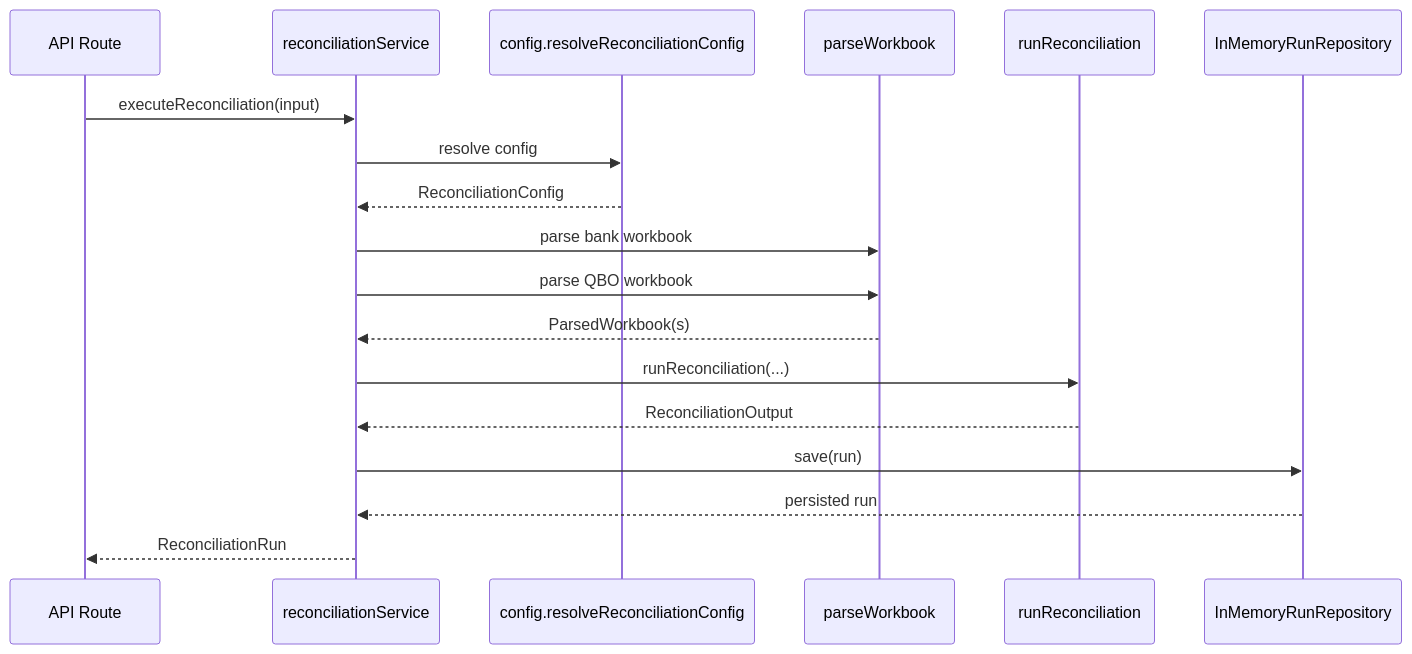
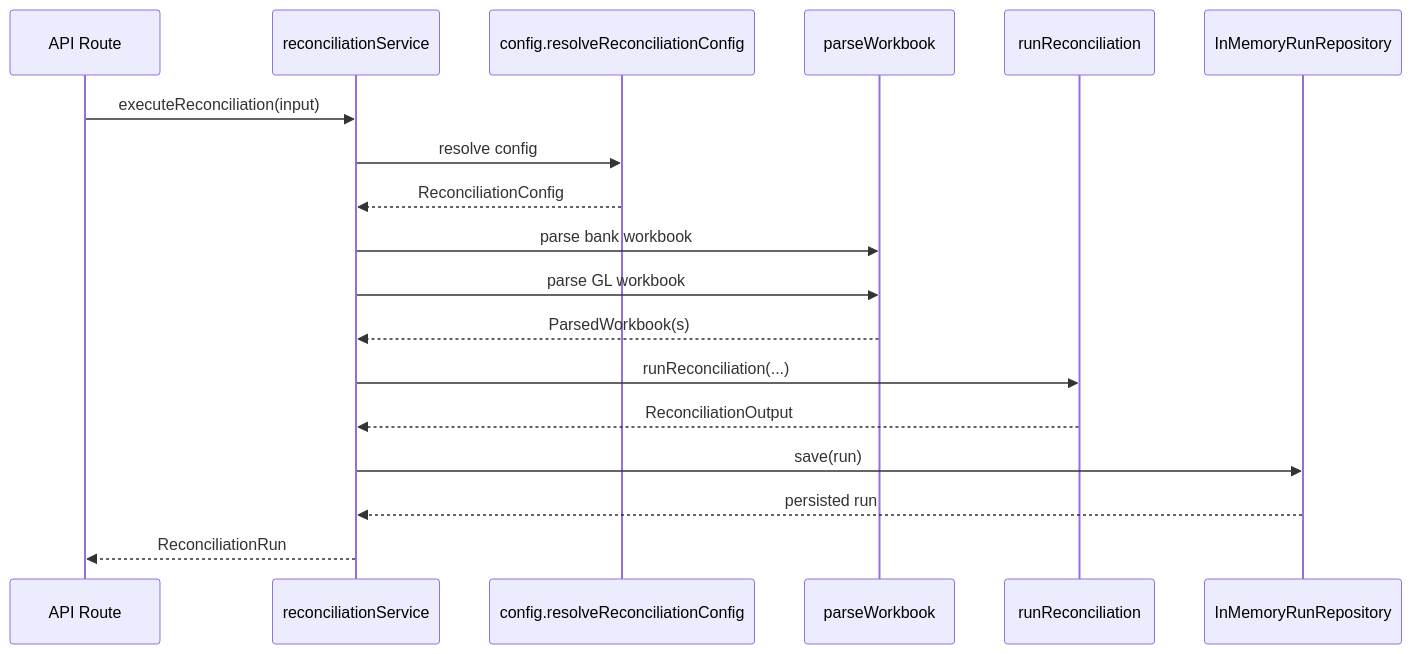
The third of 20 diagrams in docs/class-method-reference.md (RussRayHome/reconciliation-platform), drawn with Mermaid before and after one commit. The commit also changed other lines of this file and 7 other files, not shown here.

````diff
--- a/docs/class-method-reference.md
+++ b/docs/class-method-reference.md
@@ -807,20 +807,20 @@
 ```mermaid
 sequenceDiagram
   participant Route as API Route
   participant Service as reconciliationService
   participant Cfg as config.resolveReconciliationConfig
   participant Parser as parseWorkbook
   participant Core as runReconciliation
   participant Repo as InMemoryRunRepository
   Route->>Service: executeReconciliation(input)
   Service->>Cfg: resolve config
   Cfg-->>Service: ReconciliationConfig
   Service->>Parser: parse bank workbook
-  Service->>Parser: parse QBO workbook
+  Service->>Parser: parse GL workbook
   Parser-->>Service: ParsedWorkbook(s)
   Service->>Core: runReconciliation(...)
   Core-->>Service: ReconciliationOutput
   Service->>Repo: save(run)
   Repo-->>Service: persisted run
   Service-->>Route: ReconciliationRun
 ```
````
